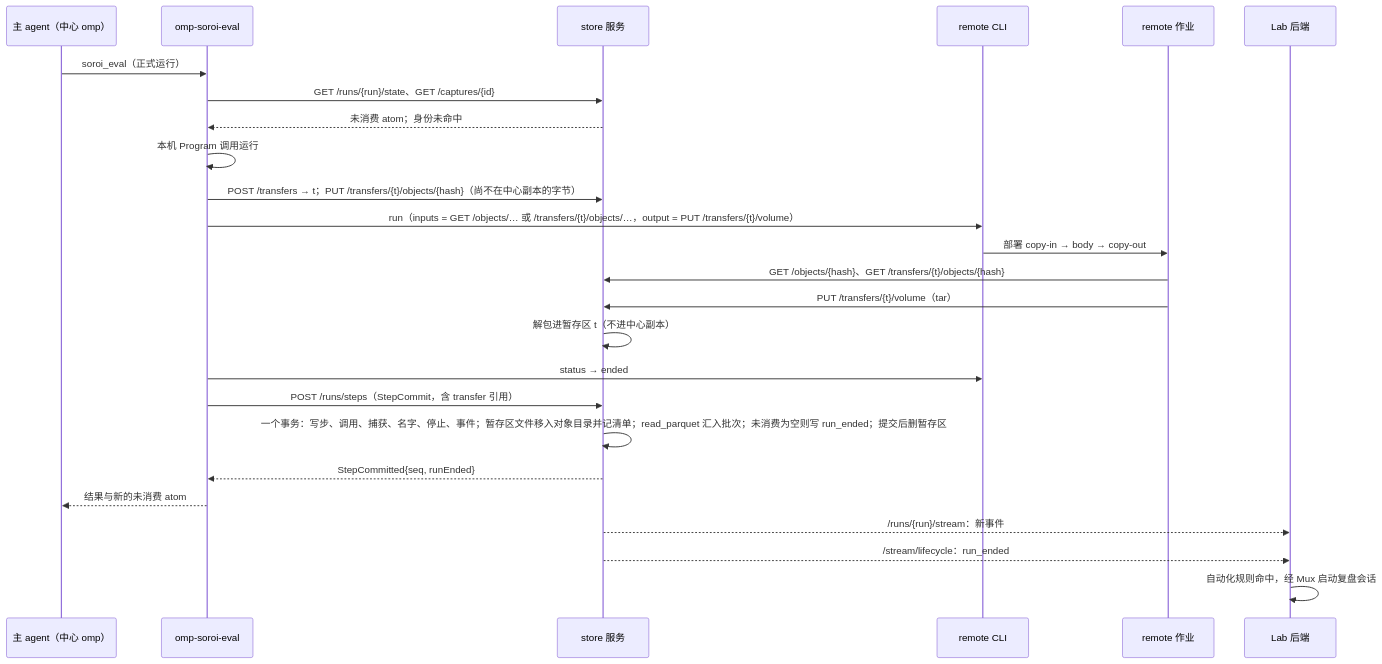
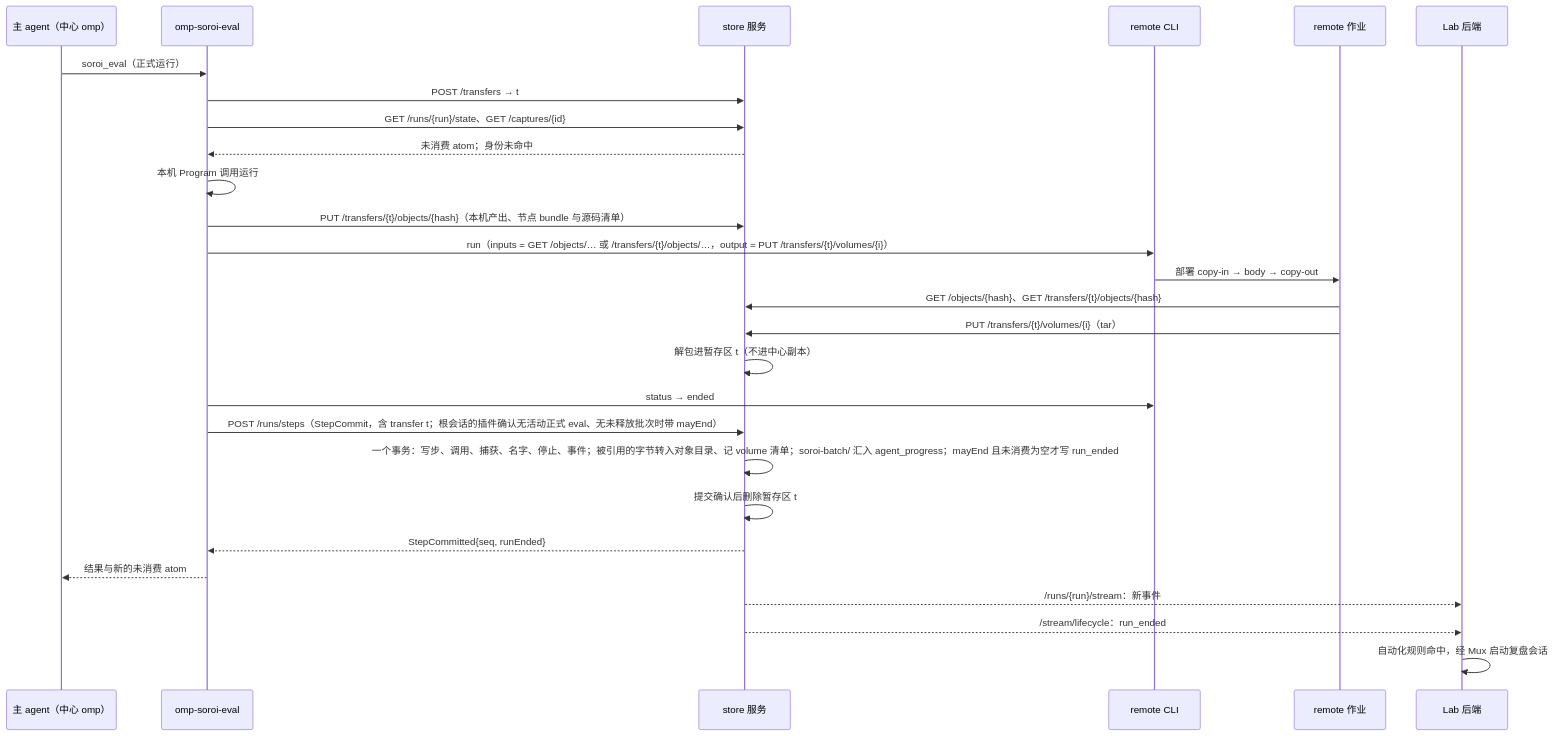
Before and after one commit to Pepgent/PM: the first of 2 diagrams in evidence/decisions/D6-store-service.md, drawn with Mermaid. The commit also changed other lines of this file and 22 other files, not shown here.

````diff
--- a/evidence/decisions/D6-store-service.md
+++ b/evidence/decisions/D6-store-service.md
@@ -164,27 +196,29 @@
 ```mermaid
 sequenceDiagram
   participant AI as 主 agent（中心 omp）
   participant EV as omp-soroi-eval
   participant ST as store 服务
   participant RM as remote CLI
   participant JOB as remote 作业
   participant LAB as Lab 后端
   AI->>EV: soroi_eval（正式运行）
+  EV->>ST: POST /transfers → t
   EV->>ST: GET /runs/{run}/state、GET /captures/{id}
   ST-->>EV: 未消费 atom；身份未命中
   EV->>EV: 本机 Program 调用运行
-  EV->>ST: POST /transfers → t；PUT /transfers/{t}/objects/{hash}（尚不在中心副本的字节）
-  EV->>RM: run（inputs = GET /objects/… 或 /transfers/{t}/objects/…，output = PUT /transfers/{t}/volume）
+  EV->>ST: PUT /transfers/{t}/objects/{hash}（本机产出、节点 bundle 与源码清单）
+  EV->>RM: run（inputs = GET /objects/… 或 /transfers/{t}/objects/…，output = PUT /transfers/{t}/volumes/{i}）
   RM->>JOB: 部署 copy-in → body → copy-out
   JOB->>ST: GET /objects/{hash}、GET /transfers/{t}/objects/{hash}
-  JOB->>ST: PUT /transfers/{t}/volume（tar）
+  JOB->>ST: PUT /transfers/{t}/volumes/{i}（tar）
   ST->>ST: 解包进暂存区 t（不进中心副本）
   EV->>RM: status → ended
-  EV->>ST: POST /runs/steps（StepCommit，含 transfer 引用）
-  ST->>ST: 一个事务：写步、调用、捕获、名字、停止、事件；暂存区文件移入对象目录并记清单；read_parquet 汇入批次；未消费为空则写 run_ended；提交后删暂存区
+  EV->>ST: POST /runs/steps（StepCommit，含 transfer t；根会话的插件确认无活动正式 eval、无未释放批次时带 mayEnd）
+  ST->>ST: 一个事务：写步、调用、捕获、名字、停止、事件；被引用的字节转入对象目录、记 volume 清单；soroi-batch/ 汇入 agent_progress；mayEnd 且未消费为空才写 run_ended
+  ST->>ST: 提交确认后删除暂存区 t
   ST-->>EV: StepCommitted{seq, runEnded}
   EV-->>AI: 结果与新的未消费 atom
   ST-->>LAB: /runs/{run}/stream：新事件
   ST-->>LAB: /stream/lifecycle：run_ended
   LAB->>LAB: 自动化规则命中，经 Mux 启动复盘会话
 ```
````
